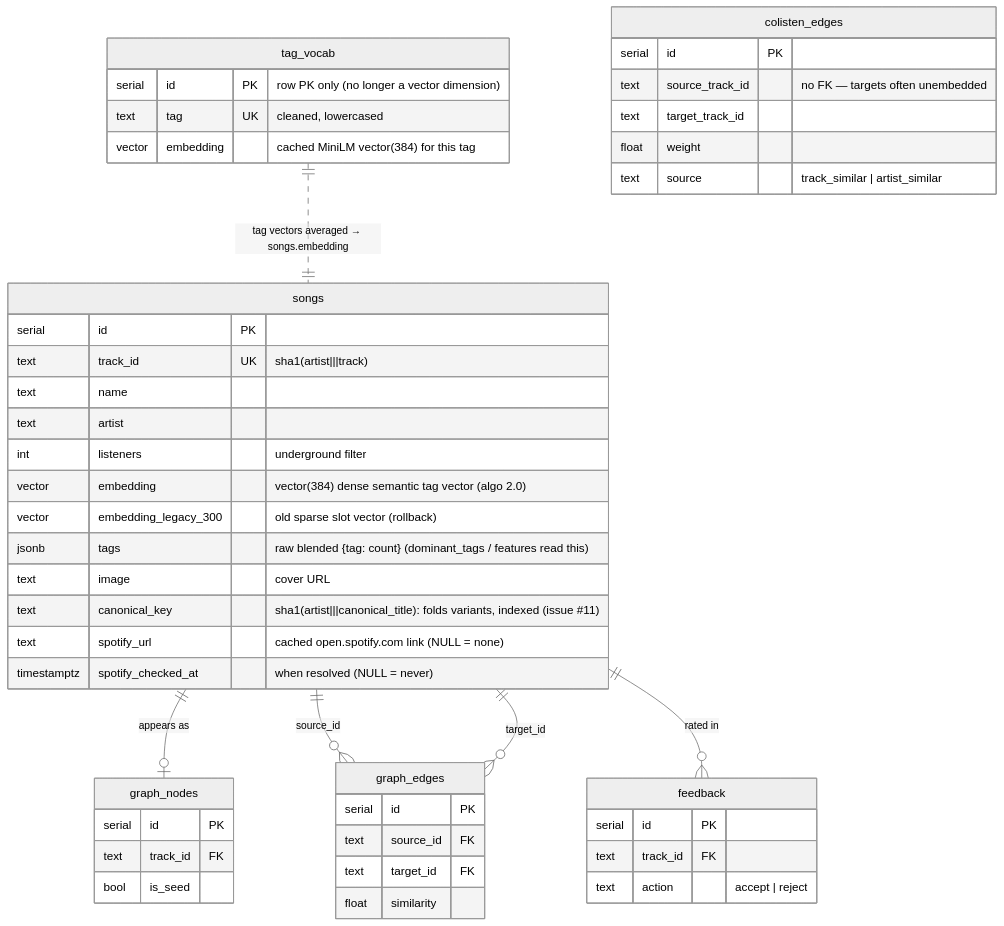
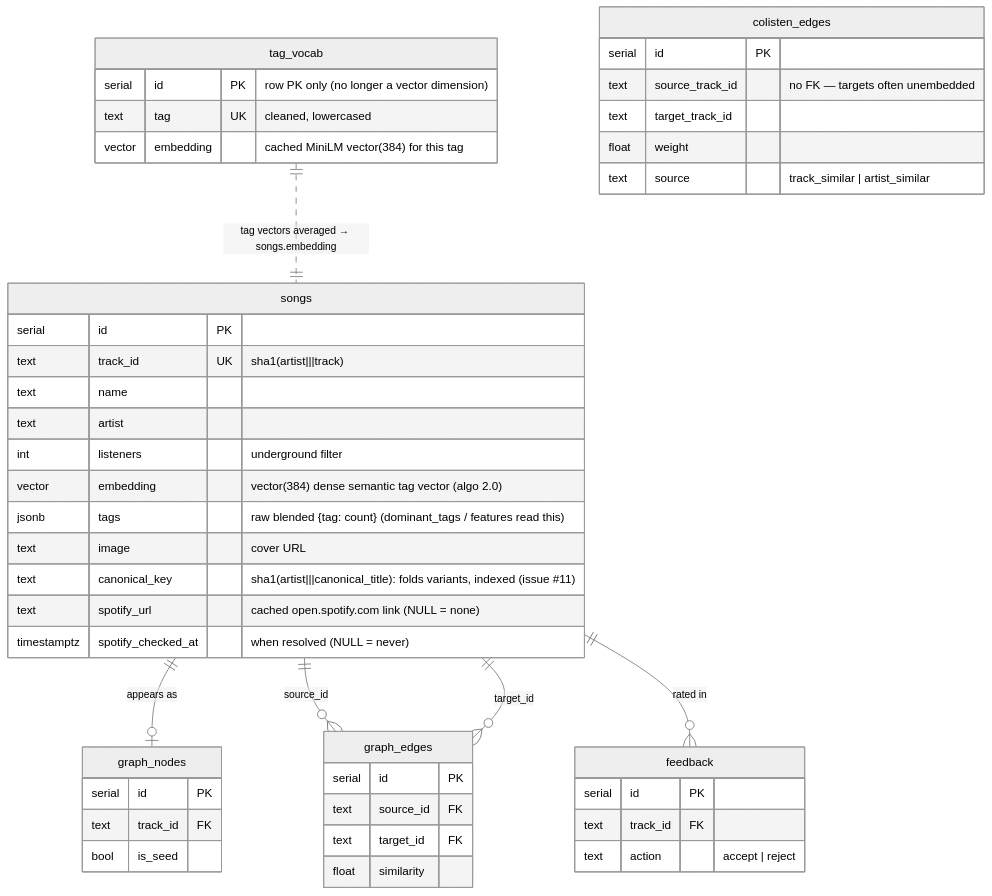
Before and after one commit to pedro-boudoux/pyo: the second of 13 diagrams in ARCHITECTURE.md, drawn with Mermaid (neutral theme). The commit also changed other lines of this file and 11 other files, not shown here.

````diff
--- a/ARCHITECTURE.md
+++ b/ARCHITECTURE.md
@@ -116,51 +116,50 @@
 ```mermaid
 erDiagram
     songs {
         serial id PK
         text track_id UK "sha1(artist|||track)"
         text name
         text artist
         int listeners "underground filter"
         vector embedding "vector(384) dense semantic tag vector (algo 2.0)"
-        vector embedding_legacy_300 "old sparse slot vector (rollback)"
         jsonb tags "raw blended {tag: count} (dominant_tags / features read this)"
         text image "cover URL"
         text canonical_key "sha1(artist|||canonical_title): folds variants, indexed (issue #11)"
         text spotify_url "cached open.spotify.com link (NULL = none)"
         timestamptz spotify_checked_at "when resolved (NULL = never)"
     }
     tag_vocab {
         serial id PK "row PK only (no longer a vector dimension)"
         text tag UK "cleaned, lowercased"
         vector embedding "cached MiniLM vector(384) for this tag"
     }
     graph_nodes {
         serial id PK
         text track_id FK
         bool is_seed
     }
     graph_edges {
         serial id PK
         text source_id FK
         text target_id FK
         float similarity
     }
     feedback {
         serial id PK
         text track_id FK
         text action "accept | reject"
     }
     colisten_edges {
         serial id PK
         text source_track_id "no FK — targets often unembedded"
         text target_track_id
         float weight
         text source "track_similar | artist_similar"
     }
 
     songs ||--o| graph_nodes : "appears as"
     songs ||--o{ graph_edges : "source_id"
     songs ||--o{ graph_edges : "target_id"
     songs ||--o{ feedback : "rated in"
     tag_vocab ||..|| songs : "tag vectors averaged → songs.embedding"
 ```
````
